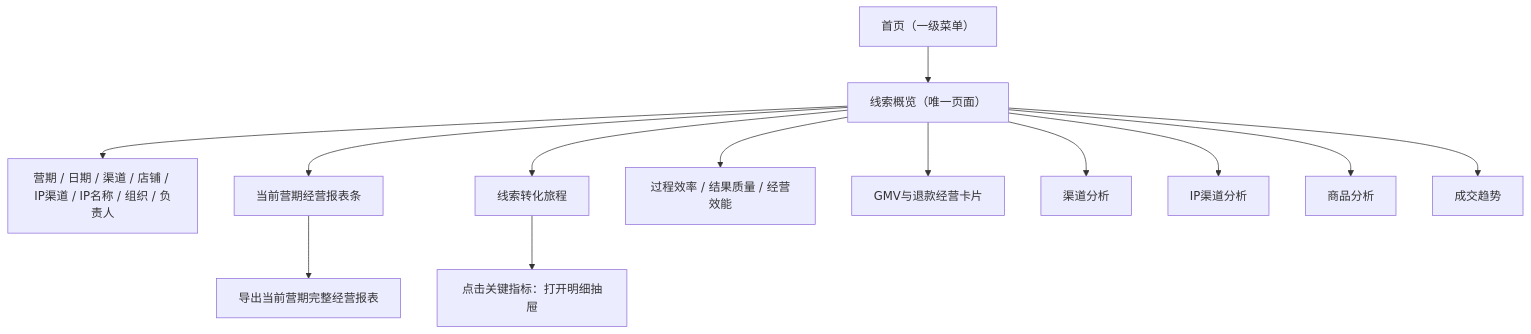
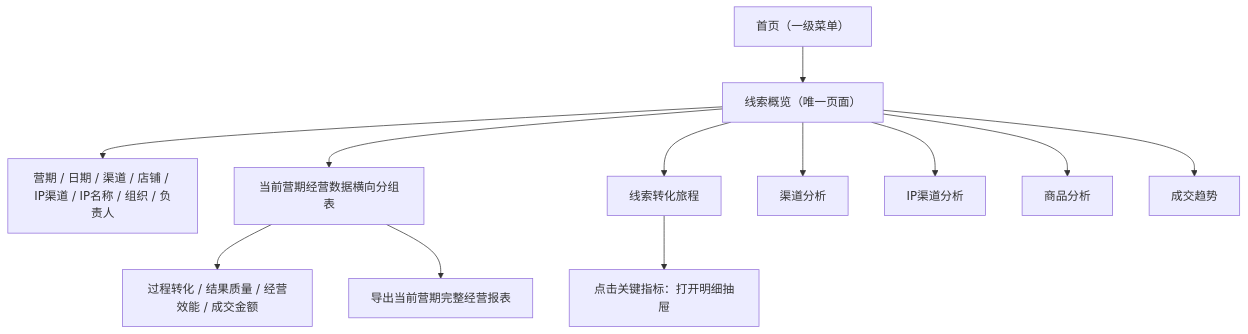
One commit to freya-pr/heshu-boss-demo changed the diagram in docs/product/合数BOSS V1.0首页需求文档.md. Above: the diagram before and after it, drawn with Mermaid. The commit also changed other lines of this file and 11 other files, not shown here.

````diff
--- a/docs/product/合数BOSS V1.0首页需求文档.md
+++ b/docs/product/合数BOSS V1.0首页需求文档.md
@@ -20,15 +20,14 @@
 ```mermaid
 flowchart TB
     HOME["首页（一级菜单）"] --> ANALYTICS["线索概览（唯一页面）"]
     ANALYTICS --> FILTER["营期 / 日期 / 渠道 / 店铺 / IP渠道 / IP名称 / 组织 / 负责人"]
-    ANALYTICS --> REPORT["当前营期经营报表条"]
+    ANALYTICS --> REPORT["当前营期经营数据横向分组表"]
     ANALYTICS --> JOURNEY["线索转化旅程"]
     JOURNEY --> DRILL["点击关键指标：打开明细抽屉"]
-    ANALYTICS --> MATRIX["过程效率 / 结果质量 / 经营效能"]
-    ANALYTICS --> FINANCE["GMV与退款经营卡片"]
+    REPORT --> MATRIX["过程转化 / 结果质量 / 经营效能 / 成交金额"]
     ANALYTICS --> CHANNEL["渠道分析"]
     ANALYTICS --> IP["IP渠道分析"]
     ANALYTICS --> PRODUCT["商品分析"]
     ANALYTICS --> TREND["成交趋势"]
     REPORT --> EXPORT["导出当前营期完整经营报表"]
 ```
````
